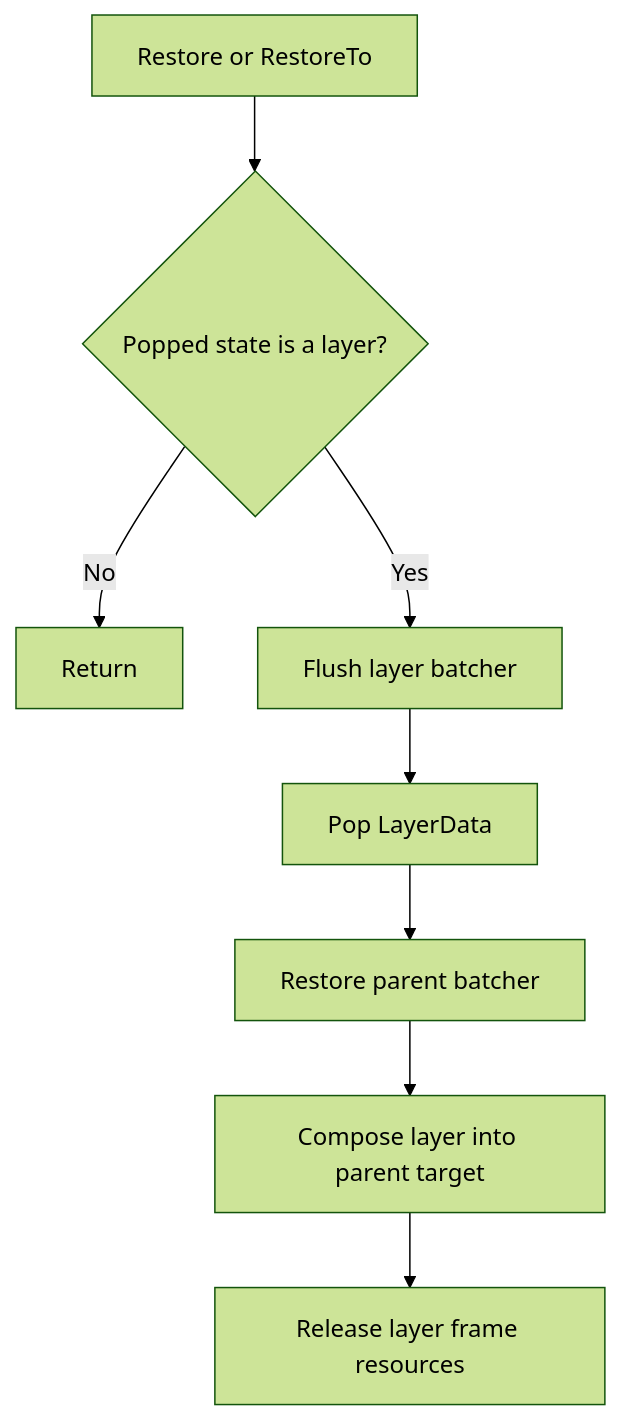
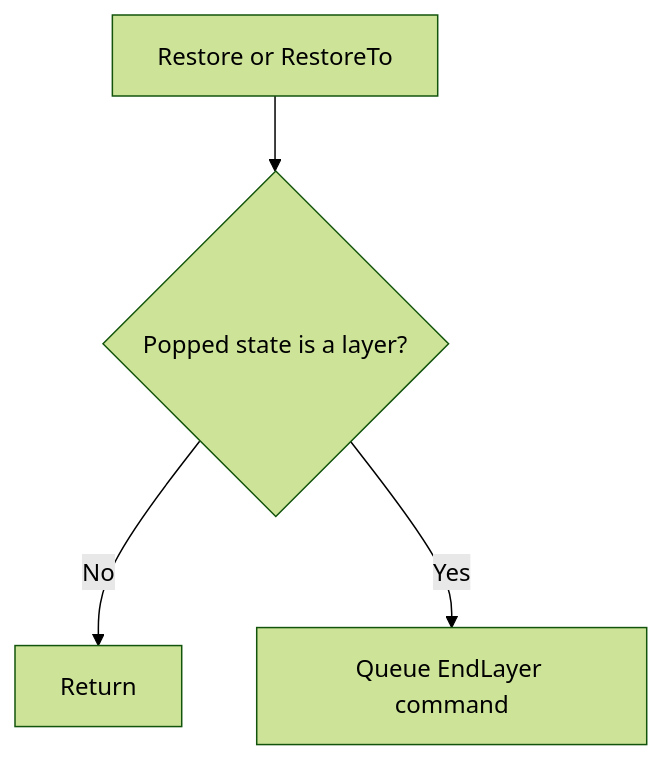
The second of 6 diagrams in src/ImageSharp.Drawing/Processing/DRAWING_CANVAS.md (SixLabors/ImageSharp.Drawing), drawn with Mermaid (forest theme) before and after one commit. The commit also changed other lines of this file and 29 other files, not shown here.

````diff
--- a/src/ImageSharp.Drawing/Processing/DRAWING_CANVAS.md
+++ b/src/ImageSharp.Drawing/Processing/DRAWING_CANVAS.md
@@ -82,10 +83,6 @@
 ```mermaid
 flowchart TD
     A[Restore or RestoreTo] --> B{Popped state is a layer?}
     B -- No --> C[Return]
-    B -- Yes --> D[Flush layer batcher]
-    D --> E[Pop LayerData]
-    E --> F[Restore parent batcher]
-    F --> G[Compose layer into parent target]
-    G --> H[Release layer frame resources]
+    B -- Yes --> D[Queue EndLayer command]
 ```
````
